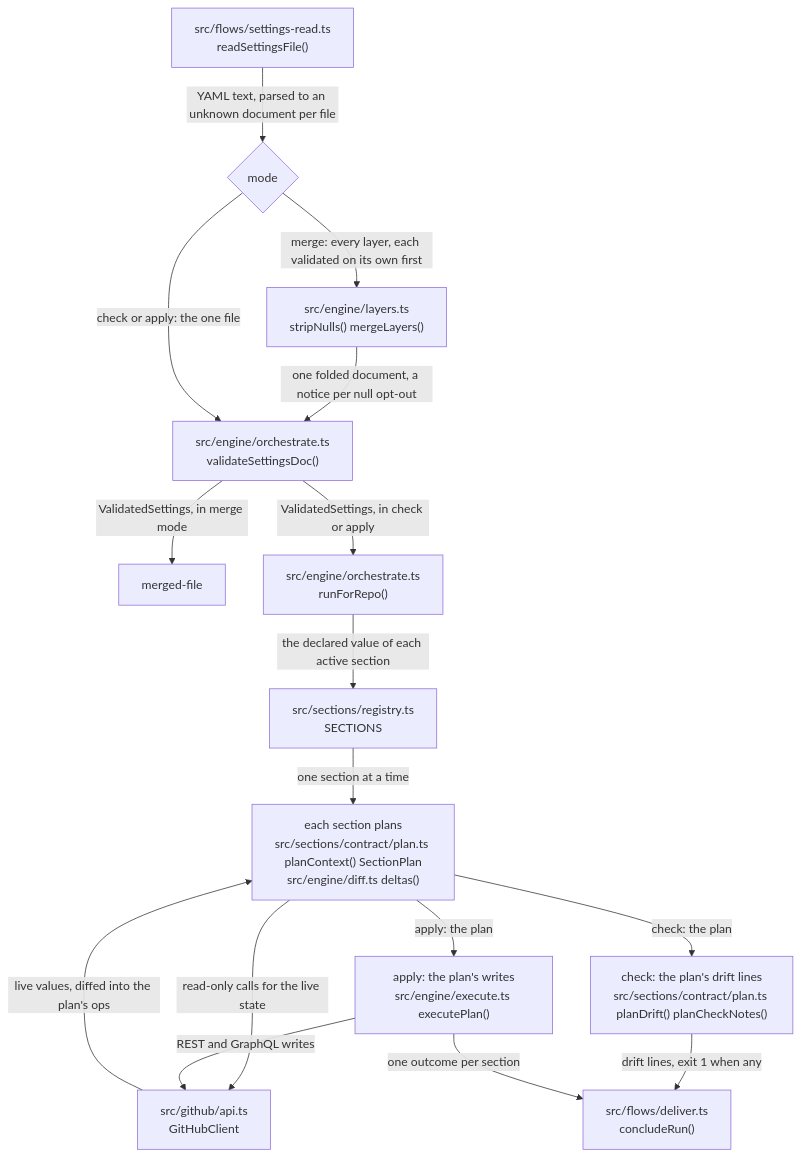
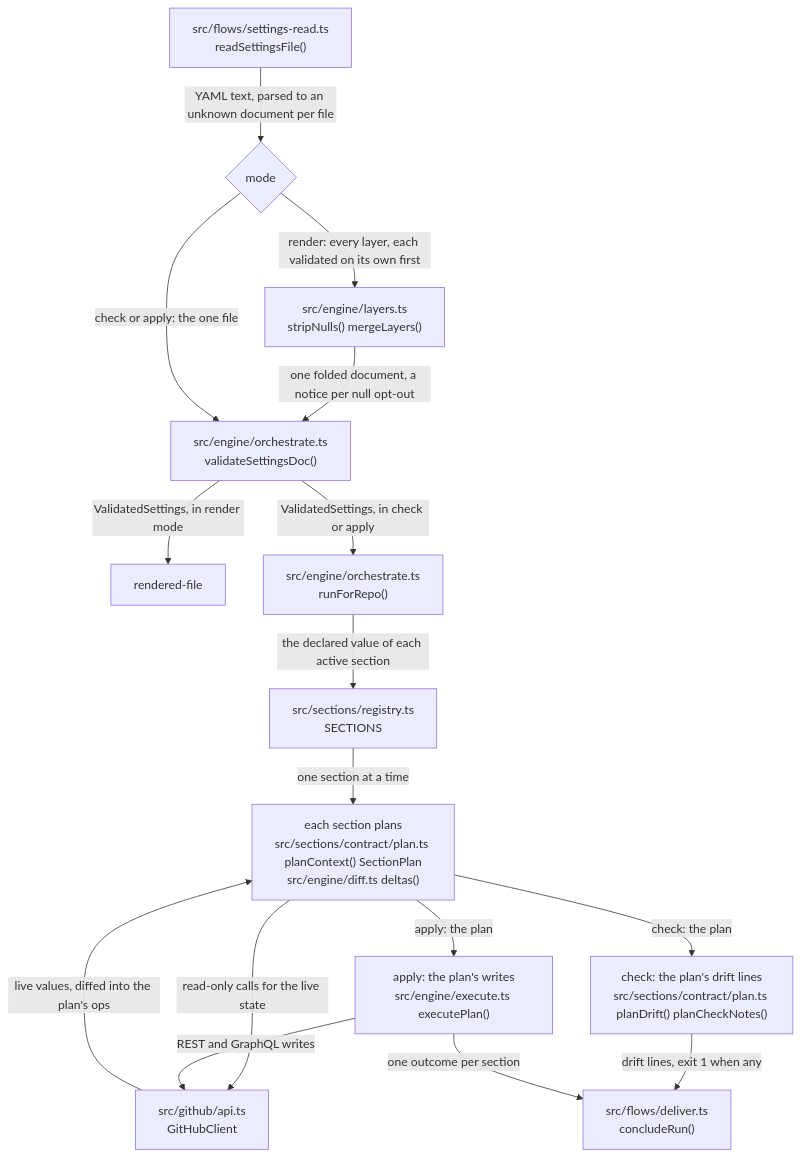
Before and after one commit to Vivswan/github-settings-as-code: the first of 8 diagrams in docs/reference/architecture.md, drawn with Mermaid. The commit also changed other lines of this file and 88 other files, not shown here.

Commit message:
feat(engine)!: layer every list section by key with replace, shallow, and deep (#287)

````diff
--- a/docs/reference/architecture.md
+++ b/docs/reference/architecture.md
@@ -15,30 +15,30 @@
 ```mermaid
 flowchart TD
   read["src/flows/settings-read.ts<br>readSettingsFile()"]
   mode{"mode"}
   fold["src/engine/layers.ts<br>stripNulls() mergeLayers()"]
   validate["src/engine/orchestrate.ts<br>validateSettingsDoc()"]
-  merged["merged-file"]
+  merged["rendered-file"]
   repo["src/engine/orchestrate.ts<br>runForRepo()"]
   sections["src/sections/registry.ts<br>SECTIONS"]
   plan["each section plans<br>src/sections/contract/plan.ts planContext() SectionPlan<br>src/engine/diff.ts deltas()"]
   api["src/github/api.ts<br>GitHubClient"]
   drift["check: the plan's drift lines<br>src/sections/contract/plan.ts planDrift() planCheckNotes()"]
   exec["apply: the plan's writes<br>src/engine/execute.ts executePlan()"]
   report["src/flows/deliver.ts<br>concludeRun()"]
   read -->|YAML text, parsed to an unknown document per file| mode
-  mode -->|merge: every layer, each validated on its own first| fold
+  mode -->|render: every layer, each validated on its own first| fold
   fold -->|one folded document, a notice per null opt-out| validate
   mode -->|check or apply: the one file| validate
-  validate -->|ValidatedSettings, in merge mode| merged
+  validate -->|ValidatedSettings, in render mode| merged
   validate -->|ValidatedSettings, in check or apply| repo
   repo -->|the declared value of each active section| sections
   sections -->|one section at a time| plan
   plan -->|read-only calls for the live state| api
   api -->|live values, diffed into the plan's ops| plan
   plan -->|check: the plan| drift
   plan -->|apply: the plan| exec
   exec -->|REST and GraphQL writes| api
   drift -->|drift lines, exit 1 when any| report
   exec -->|one outcome per section| report
 ```
````
